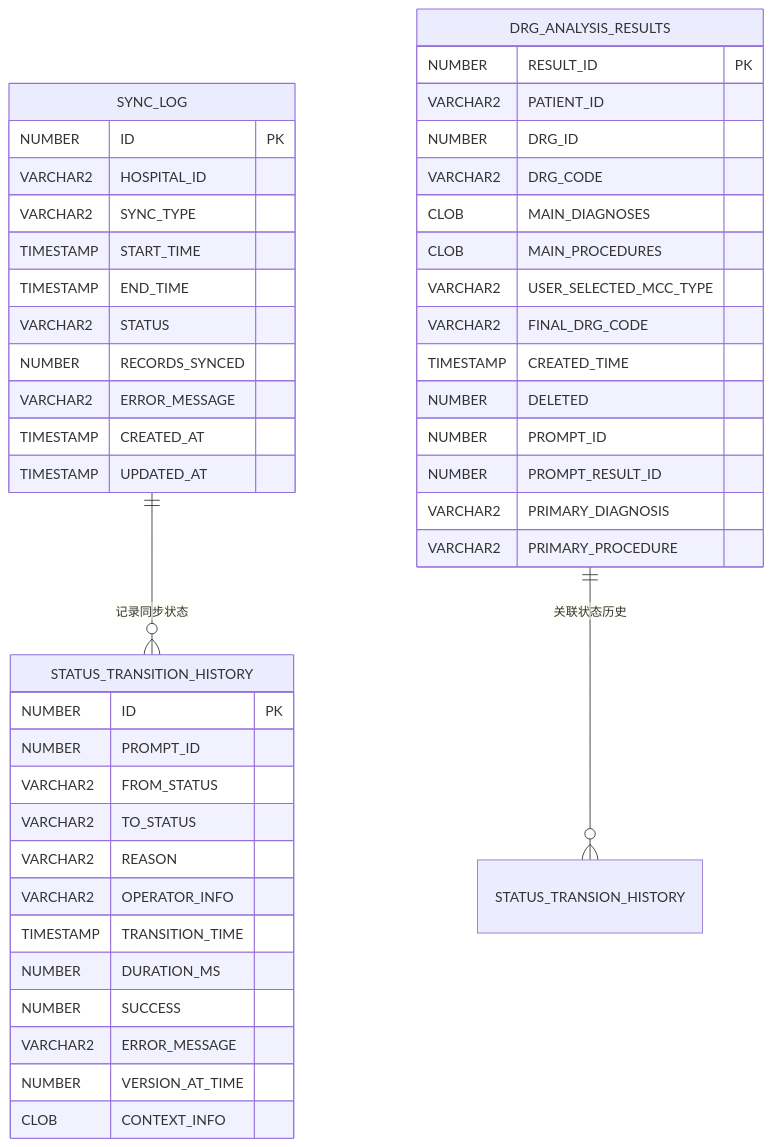
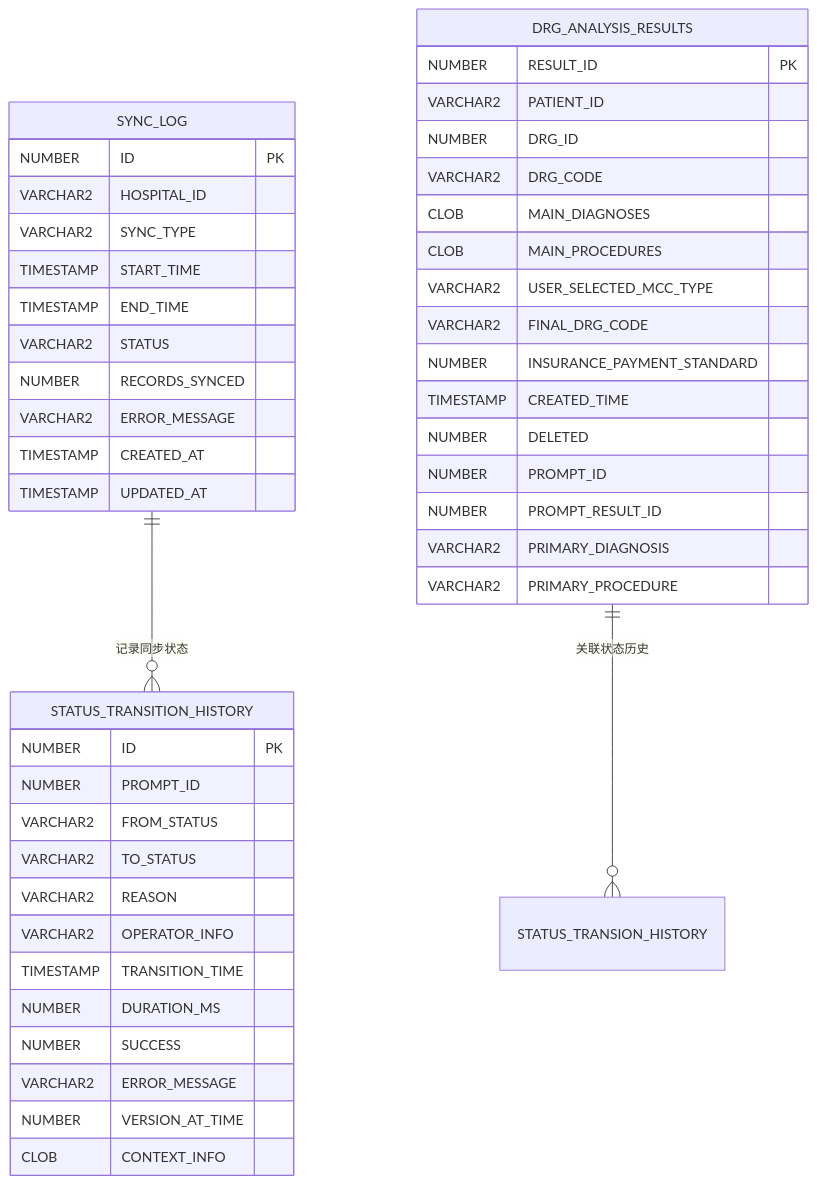
One commit to liuzh2008/med_ai_assistant_workspace changed the fifth of 25 diagrams in .qoder/repowiki/zh/content/Database Operations/Database Operations.md. Above: the diagram before and after it, drawn with Mermaid. The commit also changed other lines of this file and 6 other files, not shown here.

````diff
--- a/.qoder/repowiki/zh/content/Database Operations/Database Operations.md
+++ b/.qoder/repowiki/zh/content/Database Operations/Database Operations.md
@@ -146,47 +249,48 @@
 ```mermaid
 erDiagram
 SYNC_LOG {
 NUMBER ID PK
 VARCHAR2 HOSPITAL_ID
 VARCHAR2 SYNC_TYPE
 TIMESTAMP START_TIME
 TIMESTAMP END_TIME
 VARCHAR2 STATUS
 NUMBER RECORDS_SYNCED
 VARCHAR2 ERROR_MESSAGE
 TIMESTAMP CREATED_AT
 TIMESTAMP UPDATED_AT
 }
 STATUS_TRANSITION_HISTORY {
 NUMBER ID PK
 NUMBER PROMPT_ID
 VARCHAR2 FROM_STATUS
 VARCHAR2 TO_STATUS
 VARCHAR2 REASON
 VARCHAR2 OPERATOR_INFO
 TIMESTAMP TRANSITION_TIME
 NUMBER DURATION_MS
 NUMBER SUCCESS
 VARCHAR2 ERROR_MESSAGE
 NUMBER VERSION_AT_TIME
 CLOB CONTEXT_INFO
 }
 DRG_ANALYSIS_RESULTS {
 NUMBER RESULT_ID PK
 VARCHAR2 PATIENT_ID
 NUMBER DRG_ID
 VARCHAR2 DRG_CODE
 CLOB MAIN_DIAGNOSES
 CLOB MAIN_PROCEDURES
 VARCHAR2 USER_SELECTED_MCC_TYPE
 VARCHAR2 FINAL_DRG_CODE
+NUMBER INSURANCE_PAYMENT_STANDARD
 TIMESTAMP CREATED_TIME
 NUMBER DELETED
 NUMBER PROMPT_ID
 NUMBER PROMPT_RESULT_ID
 VARCHAR2 PRIMARY_DIAGNOSIS
 VARCHAR2 PRIMARY_PROCEDURE
 }
 SYNC_LOG ||--o{ STATUS_TRANSITION_HISTORY : "记录同步状态"
 DRG_ANALYSIS_RESULTS ||--o{ STATUS_TRANSION_HISTORY : "关联状态历史"
 ```
````
